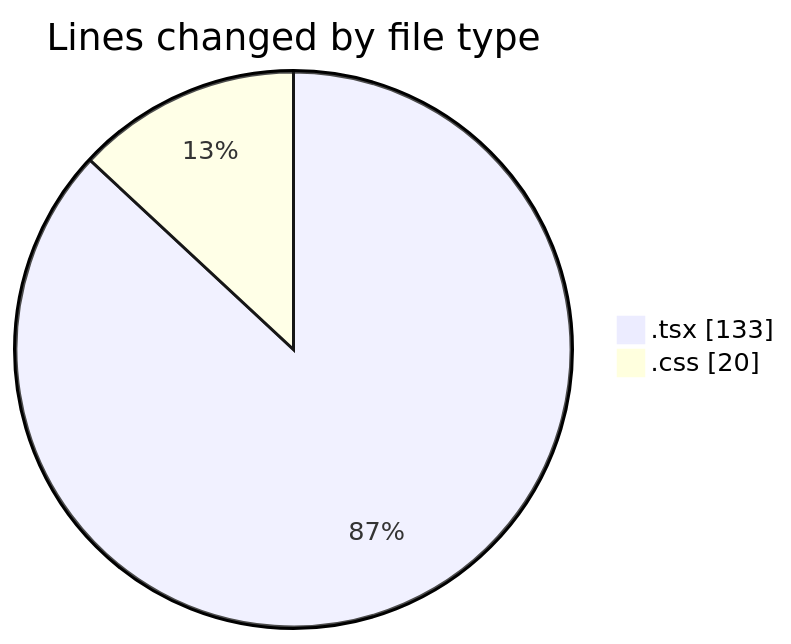
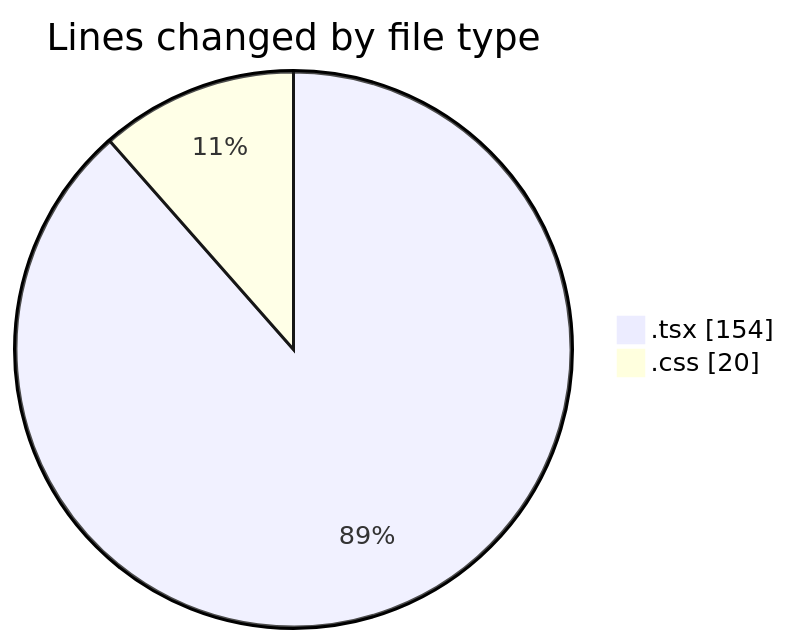
One commit to robertbonfada/code-tracking changed the first of 2 diagrams in 2025-02-07/mbc-web/README.md. Above: the diagram before and after it, drawn with Mermaid. The commit also changed other lines of this file and 1 other file, not shown here.

````diff
--- a/2025-02-07/mbc-web/README.md
+++ b/2025-02-07/mbc-web/README.md
@@ -25,6 +25,6 @@
 ```mermaid
 pie showData
 title Lines changed by file type
-".tsx" : 133
+".tsx" : 154
 ".css" : 20
 ```
````
